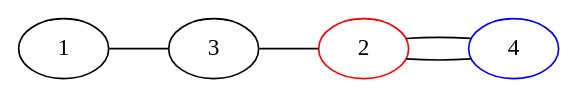
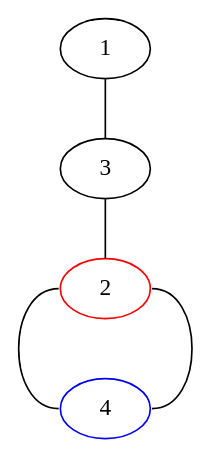
The diagram in sprouts/start_2_nodes/113.dot (bilboquet/gamelib), drawn with Graphviz before and after one commit. The commit also changed 15 other files, not shown here.

```diff
--- a/sprouts/start_2_nodes/113.dot
+++ b/sprouts/start_2_nodes/113.dot
@@ -1,8 +1,7 @@
 graph {
-  rankdir="LR";
   1 -- 3 -- 2;
-  2 -- 4 -- 2;
+  2 -- 4 [tailport="e", headport="e"];
+  2 -- 4 [tailport="w", headport="w"];
   2 [color="red"];
   4 [color="blue"];
-
 }
```
